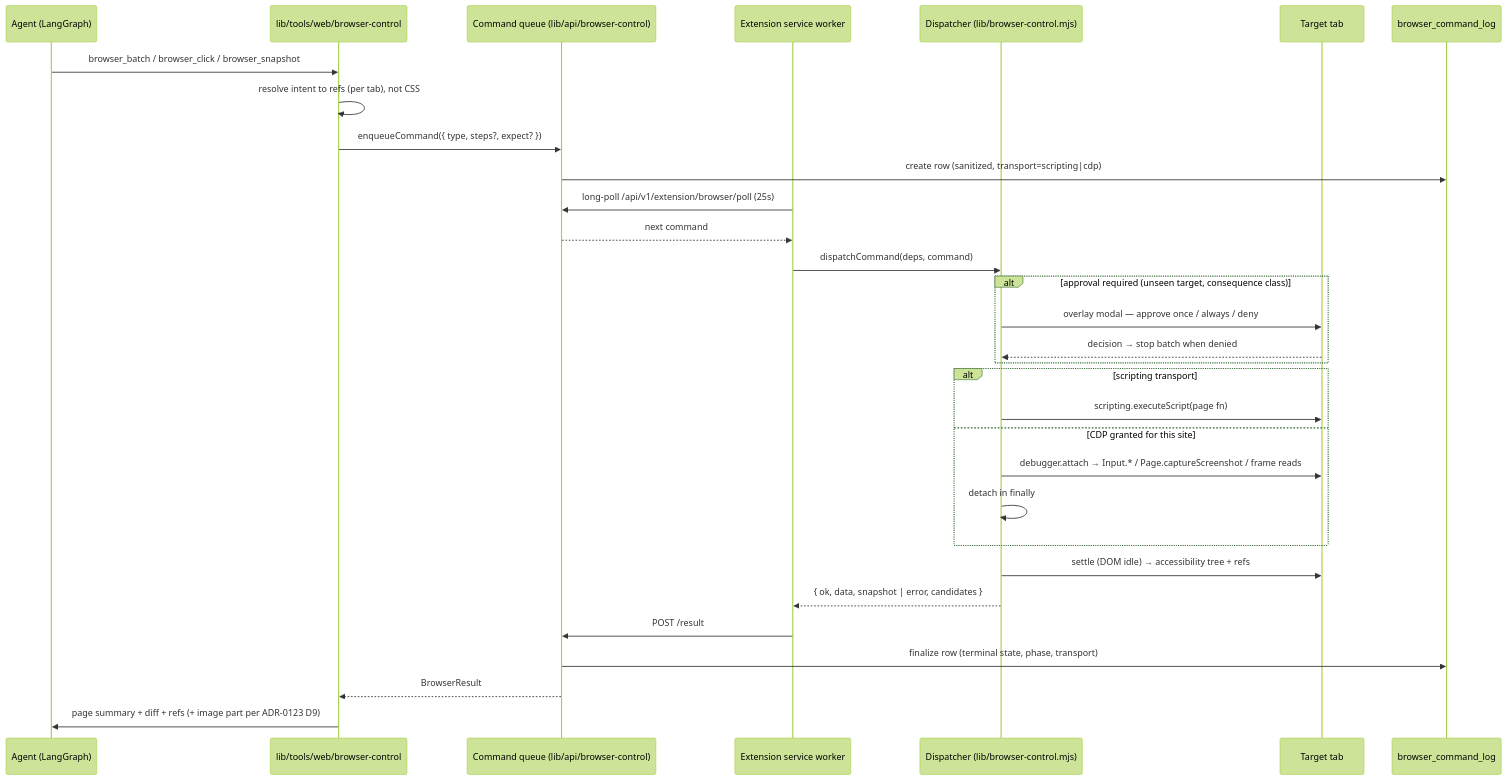
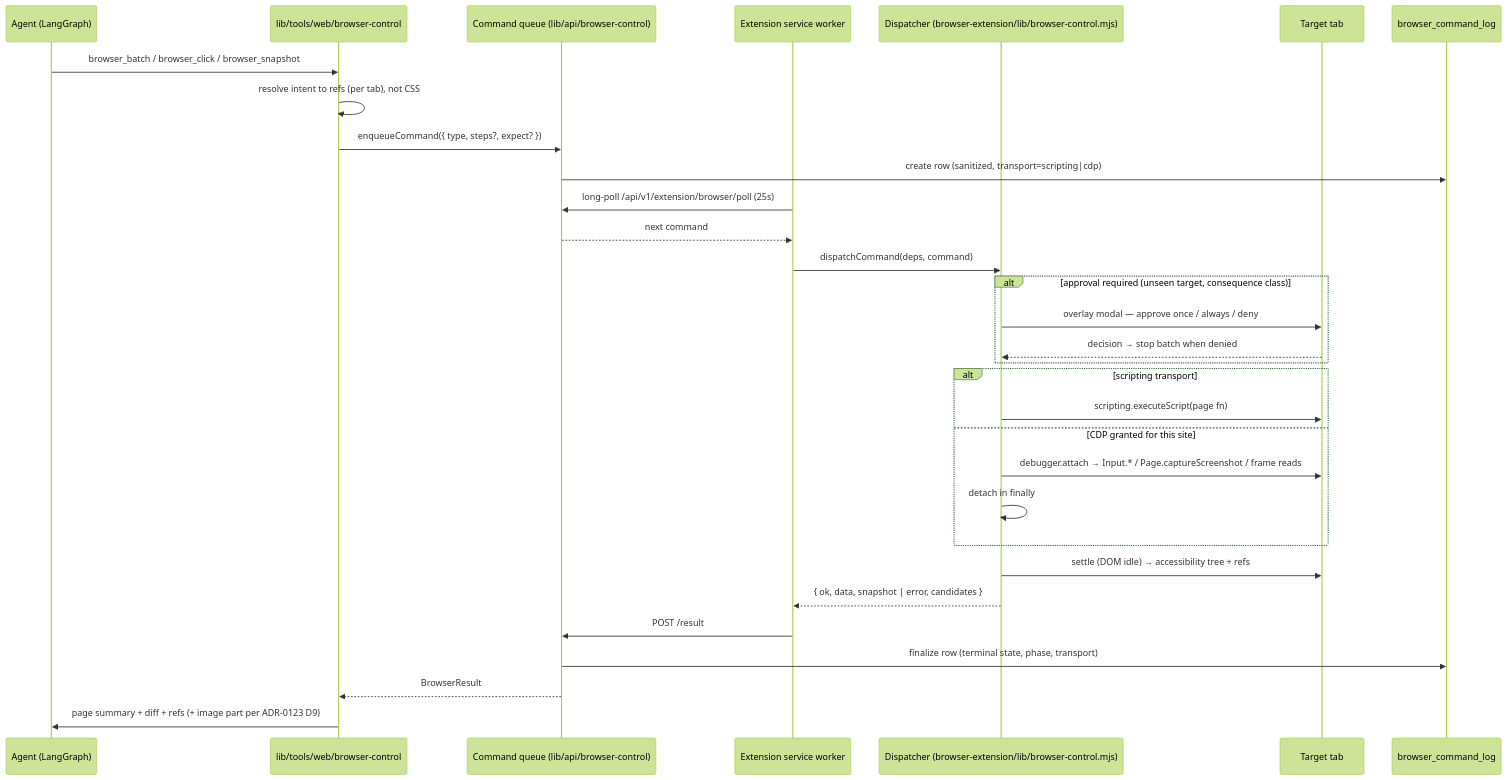
One commit to CircuitWall/jarela changed diagram 12 of 12 in docs/ARCHITECTURE.md. Above: the diagram before and after it, drawn with Mermaid (forest theme). The commit also changed other lines of this file and 22 other files, not shown here.

````diff
--- a/docs/ARCHITECTURE.md
+++ b/docs/ARCHITECTURE.md
@@ -874,34 +889,34 @@
 ```mermaid
 sequenceDiagram
     participant AG as Agent (LangGraph)
     participant TL as lib/tools/web/browser-control
     participant Q as Command queue (lib/api/browser-control)
     participant SW as Extension service worker
-    participant EX as Dispatcher (lib/browser-control.mjs)
+    participant EX as Dispatcher (browser-extension/lib/browser-control.mjs)
     participant PG as Target tab
     participant DB as browser_command_log
 
     AG->>TL: browser_batch / browser_click / browser_snapshot
     TL->>TL: resolve intent to refs (per tab), not CSS
     TL->>Q: enqueueCommand({ type, steps?, expect? })
     Q->>DB: create row (sanitized, transport=scripting|cdp)
     SW->>Q: long-poll /api/v1/extension/browser/poll (25s)
     Q-->>SW: next command
     SW->>EX: dispatchCommand(deps, command)
     alt approval required (unseen target, consequence class)
         EX->>PG: overlay modal — approve once / always / deny
         PG-->>EX: decision → stop batch when denied
     end
     alt scripting transport
         EX->>PG: scripting.executeScript(page fn)
     else CDP granted for this site
         EX->>PG: debugger.attach → Input.* / Page.captureScreenshot / frame reads
         EX->>EX: detach in finally
     end
     EX->>PG: settle (DOM idle) → accessibility tree + refs
     EX-->>SW: { ok, data, snapshot | error, candidates }
     SW->>Q: POST /result
     Q->>DB: finalize row (terminal state, phase, transport)
     Q-->>TL: BrowserResult
     TL->>AG: page summary + diff + refs (+ image part per ADR-0123 D9)
 ```
````
